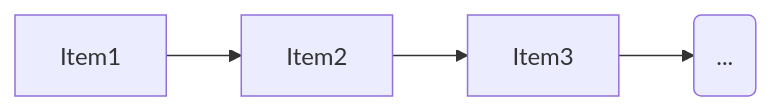
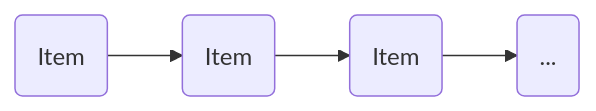
Before and after one commit to czrpb/racket: the first of 2 diagrams in play/binarytrees/basic-btree/README.md, drawn with Mermaid.

````diff
--- a/play/binarytrees/basic-btree/README.md
+++ b/play/binarytrees/basic-btree/README.md
@@ -10,4 +10,4 @@
 ```mermaid
 flowchart LR
-   Item1 --> Item2 --> Item3 --> rest(...)
+   id1(Item) --> id2(Item) --> id3(Item) --> rest(...)
 ```
````
